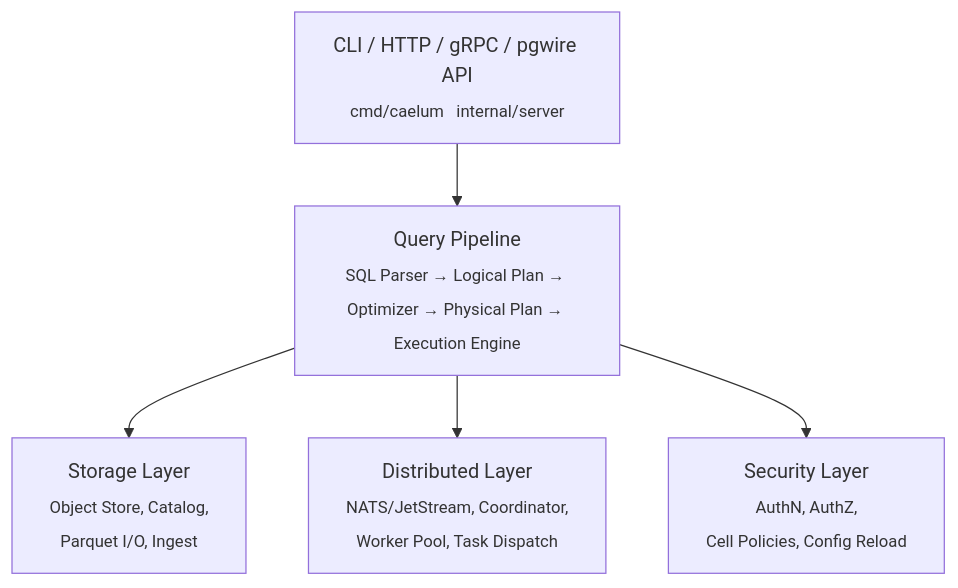
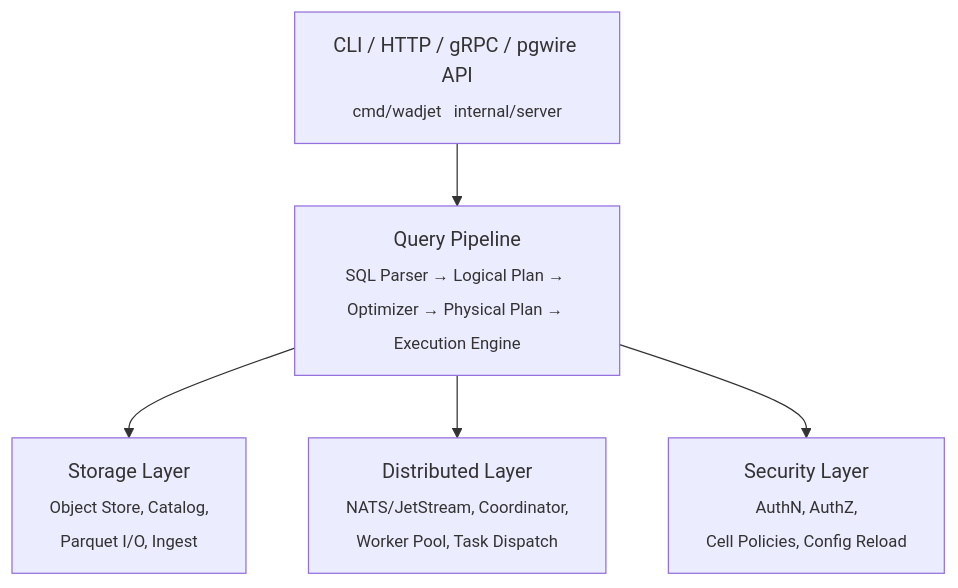
One commit to derekmwright/wadjet changed the first of 3 diagrams in docs/architecture.md. Above: the diagram before and after it, drawn with Mermaid. The commit also changed other lines of this file and 155 other files, not shown here.

First line of the commit message:
chore: rename project from caelum to wadjet under citc-tech

````diff
--- a/docs/architecture.md
+++ b/docs/architecture.md
@@ -7,13 +7,13 @@
 ```mermaid
 graph TD
-    API["CLI / HTTP / gRPC / pgwire API<br/><sub>cmd/caelum &nbsp; internal/server</sub>"]
+    API["CLI / HTTP / gRPC / pgwire API<br/><sub>cmd/wadjet &nbsp; internal/server</sub>"]
     QP["Query Pipeline<br/><sub>SQL Parser → Logical Plan → Optimizer → Physical Plan → Execution Engine</sub>"]
     ST["Storage Layer<br/><sub>Object Store, Catalog,<br/>Parquet I/O, Ingest</sub>"]
     DL["Distributed Layer<br/><sub>NATS/JetStream, Coordinator,<br/>Worker Pool, Task Dispatch</sub>"]
     SL["Security Layer<br/><sub>AuthN, AuthZ,<br/>Cell Policies, Config Reload</sub>"]
 
     API --> QP
     QP --> ST
     QP --> DL
     QP --> SL
 ```
````
